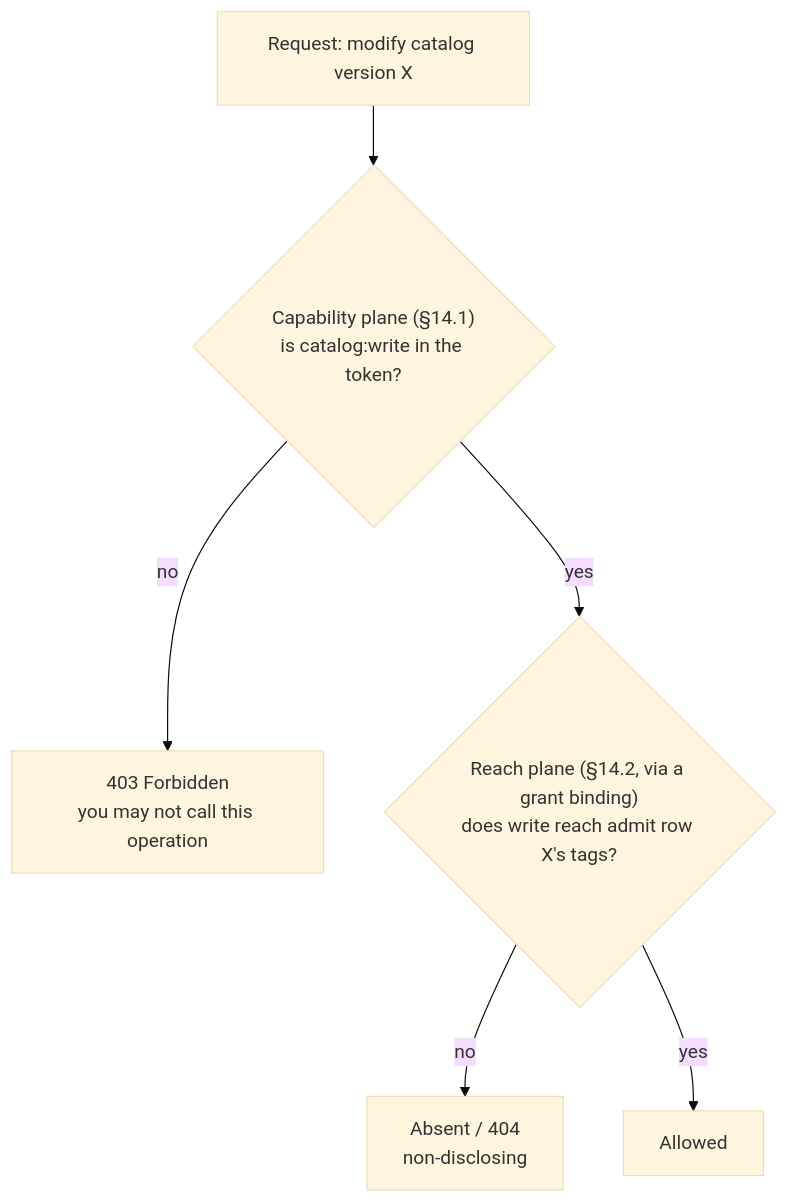
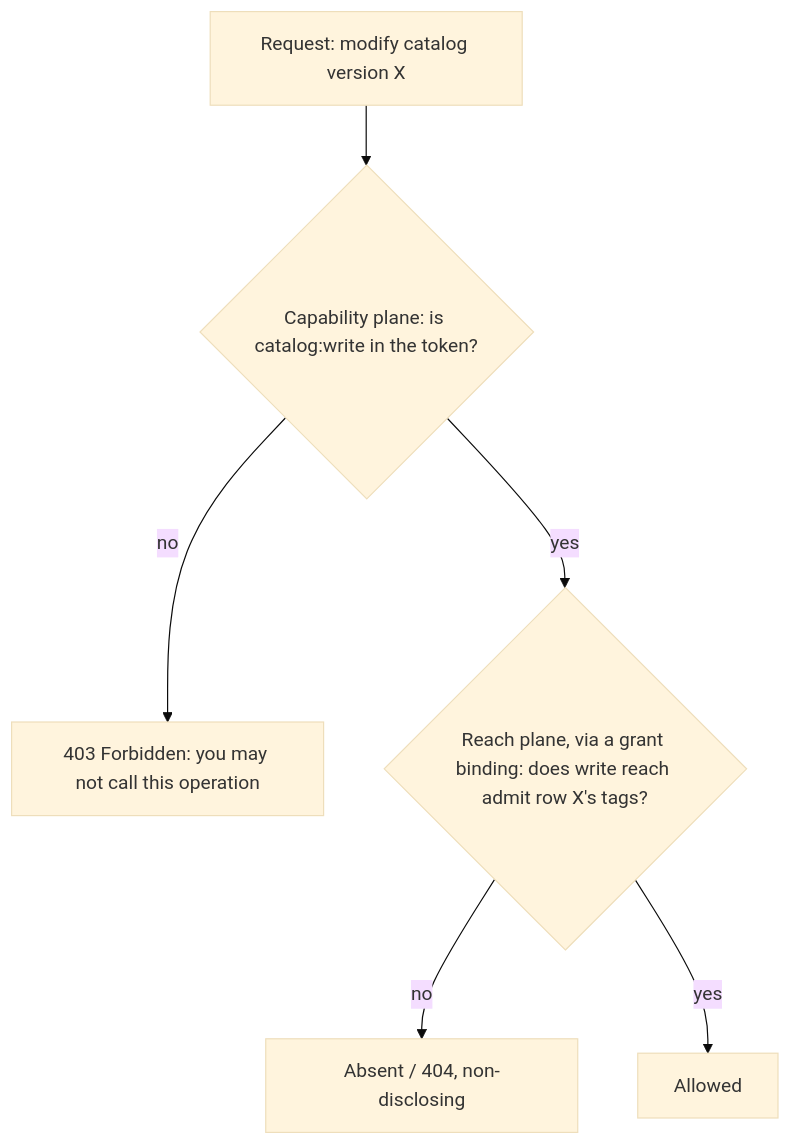
The second of 2 diagrams in docs/arazzo/specs/access/access-model.md (corvus-dotnet/Corvus.JsonSchema), drawn with Mermaid (base theme) before and after one commit. The commit also changed other lines of this file, not shown here.

````diff
--- a/docs/arazzo/specs/access/access-model.md
+++ b/docs/arazzo/specs/access/access-model.md
@@ -74,8 +59,8 @@
 ```mermaid
 flowchart TD
-  Req["Request: modify catalog version X"] --> Cap{"Capability plane (§14.1)<br/>is catalog:write in the token?"}
-  Cap -- "no" --> F["403 Forbidden<br/>you may not call this operation"]
-  Cap -- "yes" --> Reach{"Reach plane (§14.2, via a grant binding)<br/>does write reach admit row X's tags?"}
-  Reach -- "no" --> Abs["Absent / 404<br/>non-disclosing"]
+  Req["Request: modify catalog version X"] --> Cap{"Capability plane: is catalog:write in the token?"}
+  Cap -- "no" --> F["403 Forbidden: you may not call this operation"]
+  Cap -- "yes" --> Reach{"Reach plane, via a grant binding: does write reach admit row X's tags?"}
+  Reach -- "no" --> Abs["Absent / 404, non-disclosing"]
   Reach -- "yes" --> Ok["Allowed"]
 ```
````
